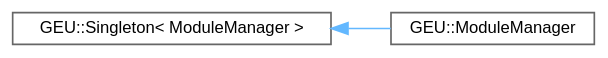
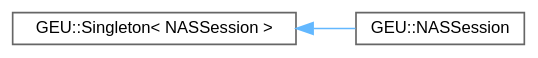
The diagram in DevDocs/inherit_graph_76.dot (GGGJaen/GGGJaen.github.io), drawn with Graphviz before and after one commit. The commit also changed 536 other files, not shown here.

```diff
--- a/DevDocs/inherit_graph_76.dot
+++ b/DevDocs/inherit_graph_76.dot
@@ -1,11 +1,11 @@
 digraph "Gráfico de jerarquía de clases"
 {
  // LATEX_PDF_SIZE
   bgcolor="transparent";
   edge [fontname=Helvetica,fontsize=10,labelfontname=Helvetica,labelfontsize=10];
   node [fontname=Helvetica,fontsize=10,shape=box,height=0.2,width=0.4];
   rankdir="LR";
-  Node0 [id="Node000000",label="GEU::Singleton\< ModuleManager \>",height=0.2,width=0.4,color="grey40", fillcolor="white", style="filled",URL="$d1/d01/class_g_e_u_1_1_singleton.html",tooltip=" "];
+  Node0 [id="Node000000",label="GEU::Singleton\< NASSession \>",height=0.2,width=0.4,color="grey40", fillcolor="white", style="filled",URL="$d1/d01/class_g_e_u_1_1_singleton.html",tooltip=" "];
   Node0 -> Node1 [id="edge60_Node000000_Node000001",dir="back",color="steelblue1",style="solid",tooltip=" "];
-  Node1 [id="Node000001",label="GEU::ModuleManager",height=0.2,width=0.4,color="grey40", fillcolor="white", style="filled",URL="$db/d02/class_g_e_u_1_1_module_manager.html",tooltip="Handles module loading and managing during runtime."];
+  Node1 [id="Node000001",label="GEU::NASSession",height=0.2,width=0.4,color="grey40", fillcolor="white", style="filled",URL="$d2/d03/class_g_e_u_1_1_n_a_s_session.html",tooltip=" "];
 }
```
